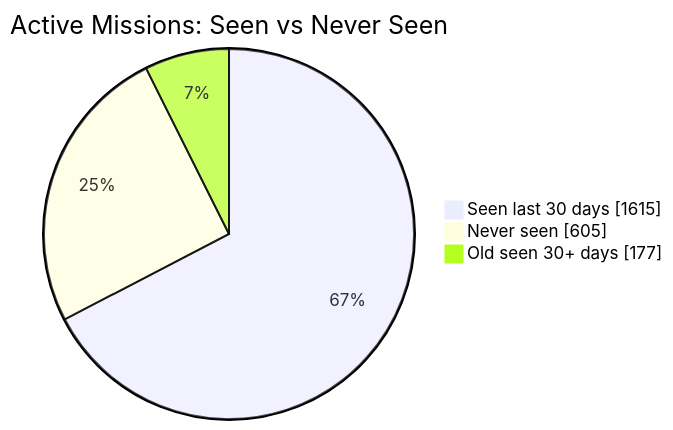
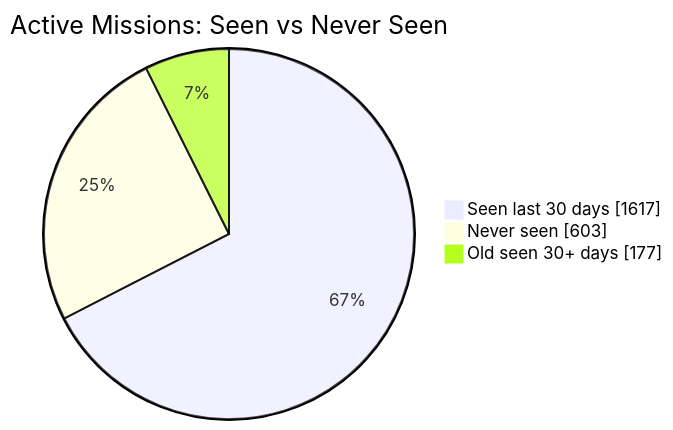
Before and after one commit to MeldkamerspelGameTeam/active-missions: the first of 2 diagrams in README.md, drawn with Mermaid. The commit also changed other lines of this file and 2 other files, not shown here.

````diff
--- a/README.md
+++ b/README.md
@@ -34,7 +34,7 @@
 ```mermaid
 pie showData
     title Active Missions: Seen vs Never Seen
-    "Seen last 30 days" : 1615
-    "Never seen" : 605
+    "Seen last 30 days" : 1617
+    "Never seen" : 603
     "Old seen 30+ days" : 177
 ```
````
